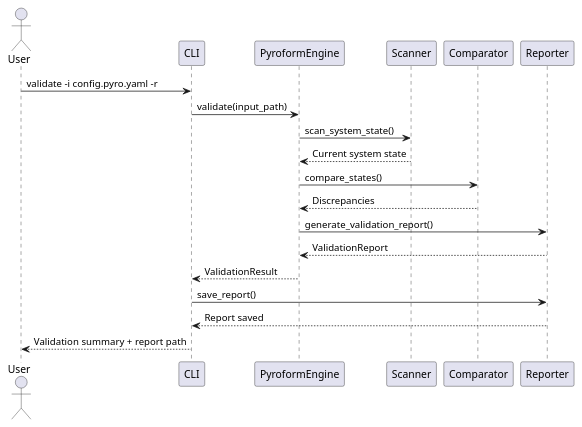
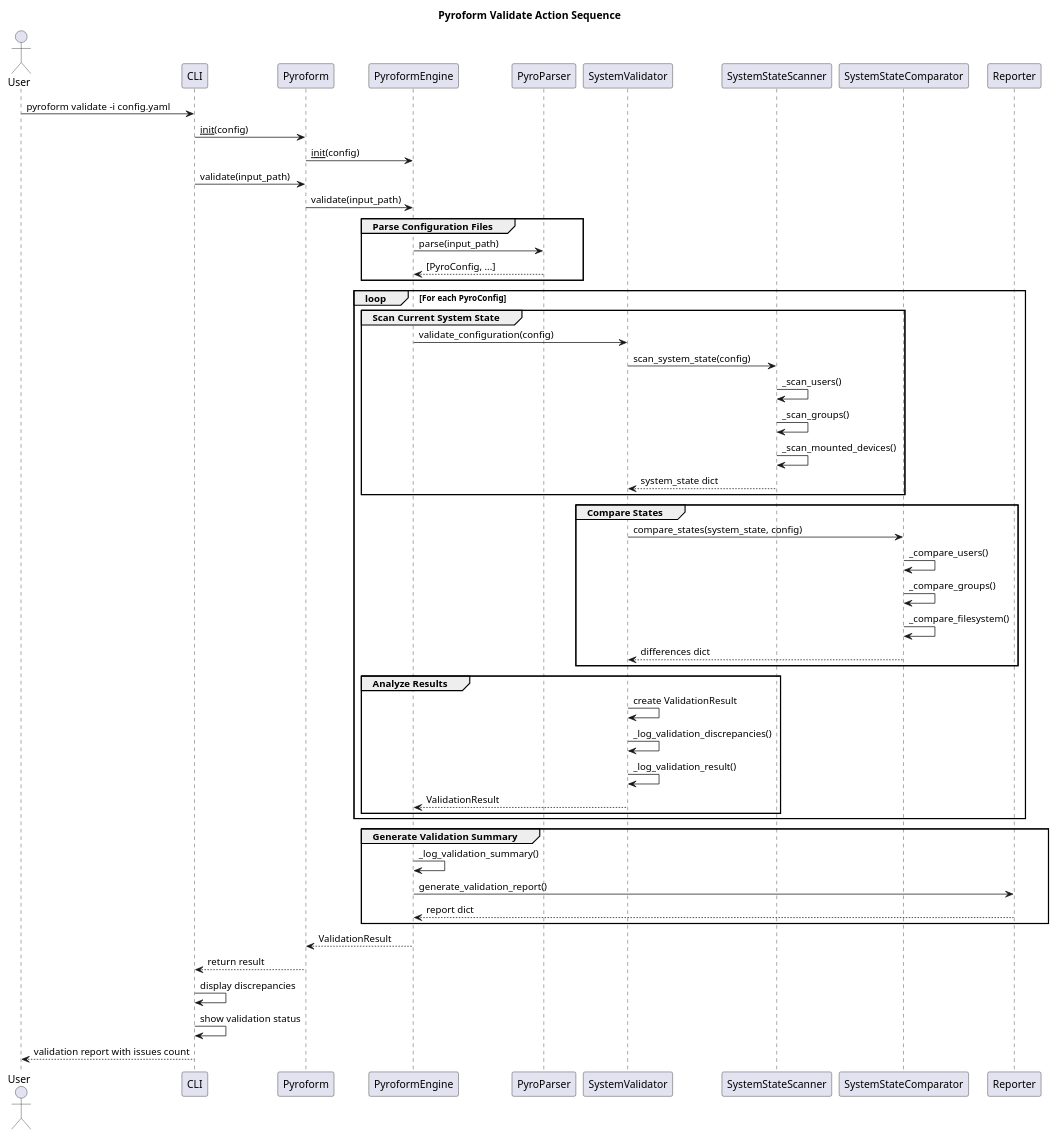
The diagram in pyroform/dox/Diagrams/pyroform_action_validate.puml (Del-Tango/Pyroform), drawn with PlantUML before and after one commit. The commit also changed 24 other files, not shown here.

Commit message:
Updated README and project dox with diagrams.

```diff
--- a/pyroform/dox/Diagrams/pyroform_action_validate.puml
+++ b/pyroform/dox/Diagrams/pyroform_action_validate.puml
@@ -1,21 +1,64 @@
-@startuml
+@startuml Pyroform_Validate_Sequence
+title Pyroform Validate Action Sequence
+
 actor User
 participant CLI
+participant Pyroform
 participant PyroformEngine
-participant Scanner
-participant Comparator
+participant PyroParser
+participant SystemValidator
+participant SystemStateScanner
+participant SystemStateComparator
 participant Reporter
 
-User -> CLI: validate -i config.pyro.yaml -r
-CLI -> PyroformEngine: validate(input_path)
-PyroformEngine -> Scanner: scan_system_state()
-Scanner --> PyroformEngine: Current system state
-PyroformEngine -> Comparator: compare_states()
-Comparator --> PyroformEngine: Discrepancies
-PyroformEngine -> Reporter: generate_validation_report()
-Reporter --> PyroformEngine: ValidationReport
-PyroformEngine --> CLI: ValidationResult
-CLI -> Reporter: save_report()
-Reporter --> CLI: Report saved
-CLI --> User: Validation summary + report path
+User -> CLI: pyroform validate -i config.yaml
+CLI -> Pyroform: __init__(config)
+Pyroform -> PyroformEngine: __init__(config)
+
+CLI -> Pyroform: validate(input_path)
+Pyroform -> PyroformEngine: validate(input_path)
+
+group Parse Configuration Files
+    PyroformEngine -> PyroParser: parse(input_path)
+    PyroParser --> PyroformEngine: [PyroConfig, ...]
+end
+
+loop For each PyroConfig
+    group Scan Current System State
+        PyroformEngine -> SystemValidator: validate_configuration(config)
+        SystemValidator -> SystemStateScanner: scan_system_state(config)
+        SystemStateScanner -> SystemStateScanner: _scan_users()
+        SystemStateScanner -> SystemStateScanner: _scan_groups()
+        SystemStateScanner -> SystemStateScanner: _scan_mounted_devices()
+        SystemStateScanner --> SystemValidator: system_state dict
+    end
+
+    group Compare States
+        SystemValidator -> SystemStateComparator: compare_states(system_state, config)
+        SystemStateComparator -> SystemStateComparator: _compare_users()
+        SystemStateComparator -> SystemStateComparator: _compare_groups()
+        SystemStateComparator -> SystemStateComparator: _compare_filesystem()
+        SystemStateComparator --> SystemValidator: differences dict
+    end
+
+    group Analyze Results
+        SystemValidator -> SystemValidator: create ValidationResult
+        SystemValidator -> SystemValidator: _log_validation_discrepancies()
+        SystemValidator -> SystemValidator: _log_validation_result()
+        SystemValidator --> PyroformEngine: ValidationResult
+    end
+end
+
+group Generate Validation Summary
+    PyroformEngine -> PyroformEngine: _log_validation_summary()
+    PyroformEngine -> Reporter: generate_validation_report()
+    Reporter --> PyroformEngine: report dict
+end
+
+PyroformEngine --> Pyroform: ValidationResult
+Pyroform --> CLI: return result
+CLI -> CLI: display discrepancies
+CLI -> CLI: show validation status
+CLI --> User: validation report with issues count
+
 @enduml
```
